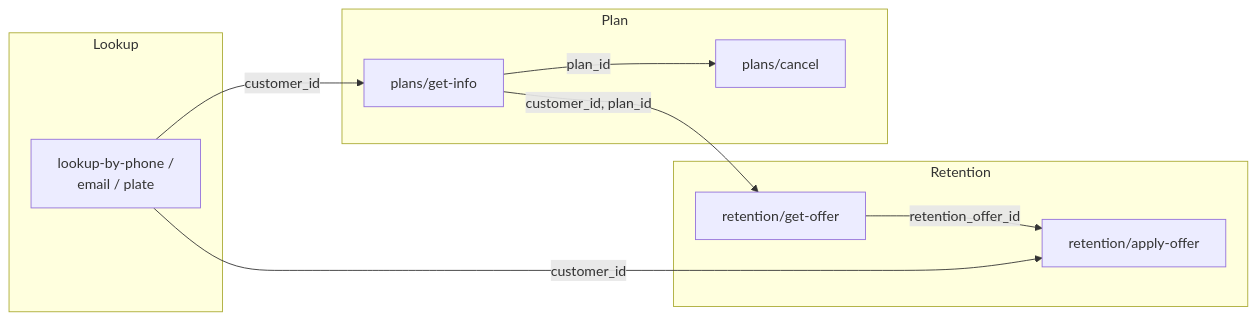
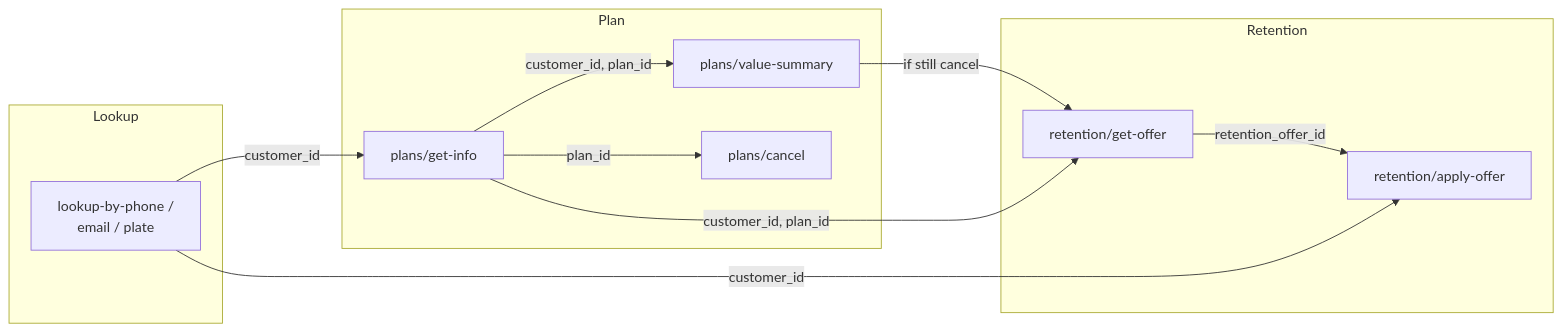
Diagram 11 of 11 in Jax-Kar-Wash-API-Integration–Discussion-Document.md (HelloWash/Public), drawn with Mermaid before and after one commit. The commit also changed other lines of this file, not shown here.

````diff
--- a/Jax-Kar-Wash-API-Integration–Discussion-Document.md
+++ b/Jax-Kar-Wash-API-Integration–Discussion-Document.md
@@ -885,20 +1008,23 @@
 ```mermaid
 flowchart LR
     subgraph Lookup["Lookup"]
         A["lookup-by-phone /<br/>email / plate"]
     end
     subgraph Plan["Plan"]
         B["plans/get-info"]
+        V["plans/value-summary"]
         C["plans/cancel"]
     end
     subgraph Retention["Retention"]
         D["retention/get-offer"]
         E["retention/apply-offer"]
     end
 
     A -->|customer_id| B
+    B -->|customer_id, plan_id| V
     B -->|plan_id| C
+    V -->|if still cancel| D
     B -->|customer_id, plan_id| D
     D -->|retention_offer_id| E
     A -->|customer_id| E
 ```
````
